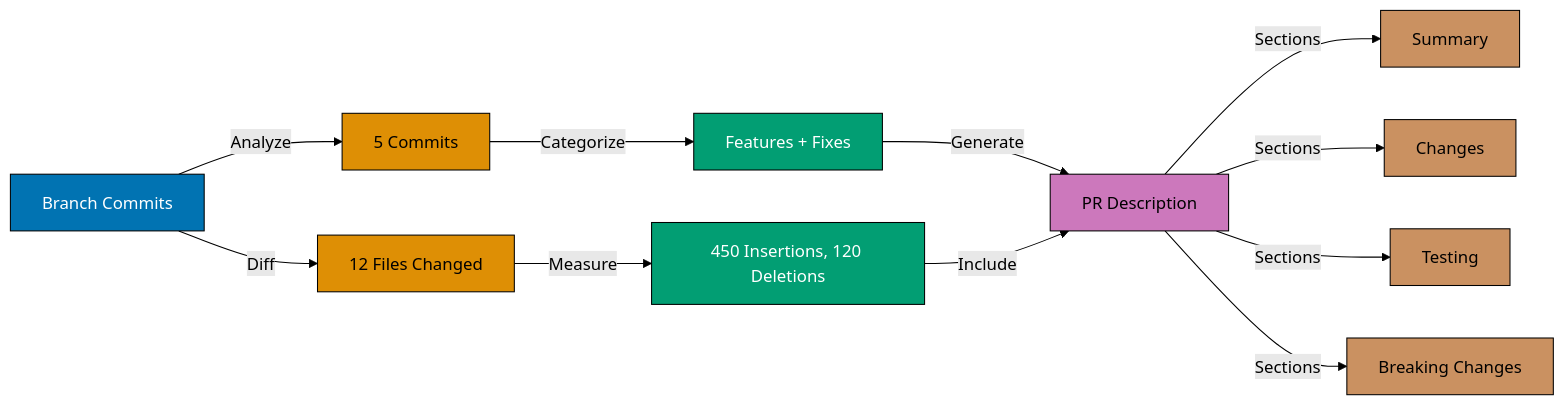
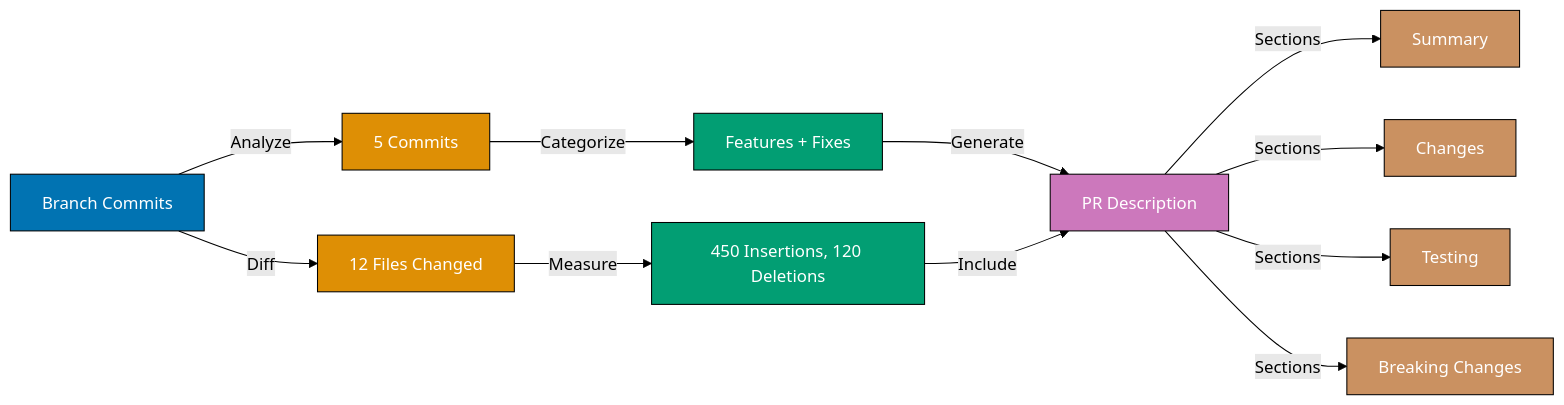
The seventh of 8 diagrams in apps/ayokoding-web/content/en/learn/software-engineering/automation-tools/claude-code/by-example/intermediate.md (wahidyankf/open-sharia-enterprise), drawn with Mermaid (forest theme) before and after one commit. The commit also changed other lines of this file and 61 other files, not shown here.

First line of the commit message:
fix(ayokoding-web): quote Mermaid node labels with special characters in Example 63

````diff
--- a/apps/ayokoding-web/content/en/learn/software-engineering/automation-tools/claude-code/by-example/intermediate.md
+++ b/apps/ayokoding-web/content/en/learn/software-engineering/automation-tools/claude-code/by-example/intermediate.md
@@ -804,24 +804,24 @@
 ```mermaid
 graph LR
     A[Branch Commits] -->|Analyze| B[5 Commits]
     A -->|Diff| C[12 Files Changed]
     B -->|Categorize| D[Features + Fixes]
     C -->|Measure| E[450 Insertions, 120 Deletions]
     D -->|Generate| F[PR Description]
     E -->|Include| F
     F -->|Sections| G[Summary]
     F -->|Sections| H[Changes]
     F -->|Sections| I[Testing]
     F -->|Sections| J[Breaking Changes]
 
     style A fill:#0173B2,stroke:#000,color:#fff
-    style B fill:#DE8F05,stroke:#000,color:#000
-    style C fill:#DE8F05,stroke:#000,color:#000
+    style B fill:#DE8F05,stroke:#000,color:#fff
+    style C fill:#DE8F05,stroke:#000,color:#fff
     style D fill:#029E73,stroke:#000,color:#fff
     style E fill:#029E73,stroke:#000,color:#fff
-    style F fill:#CC78BC,stroke:#000,color:#000
-    style G fill:#CA9161,stroke:#000,color:#000
-    style H fill:#CA9161,stroke:#000,color:#000
-    style I fill:#CA9161,stroke:#000,color:#000
-    style J fill:#CA9161,stroke:#000,color:#000
+    style F fill:#CC78BC,stroke:#000,color:#fff
+    style G fill:#CA9161,stroke:#000,color:#fff
+    style H fill:#CA9161,stroke:#000,color:#fff
+    style I fill:#CA9161,stroke:#000,color:#fff
+    style J fill:#CA9161,stroke:#000,color:#fff
 ```
````
